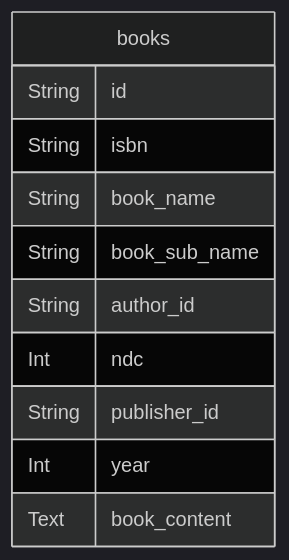
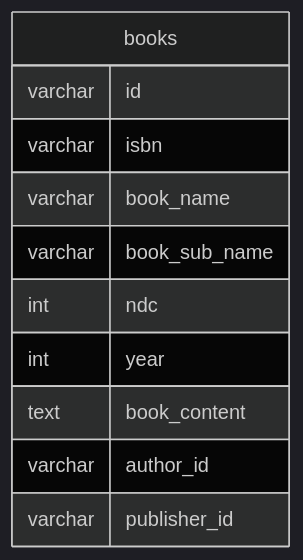
One commit to booksearch-hotate/hotate-server changed the diagram in DOC/AboutDB.md. Above: the diagram before and after it, drawn with Mermaid (dark theme).

Commit message:
データ型をmysqlに揃えて表記

````diff
--- a/DOC/AboutDB.md
+++ b/DOC/AboutDB.md
@@ -1,14 +1,14 @@
 ```mermaid
 erDiagram
 books {
-  String id
-  String isbn
-  String book_name
-  String book_sub_name
-  String author_id
-  Int ndc
-  String publisher_id
-  Int year
-  Text book_content
+  varchar id
+  varchar isbn
+  varchar book_name
+  varchar book_sub_name
+  int ndc
+  int year
+  text book_content
+  varchar author_id
+  varchar publisher_id
 }
 ```
````
